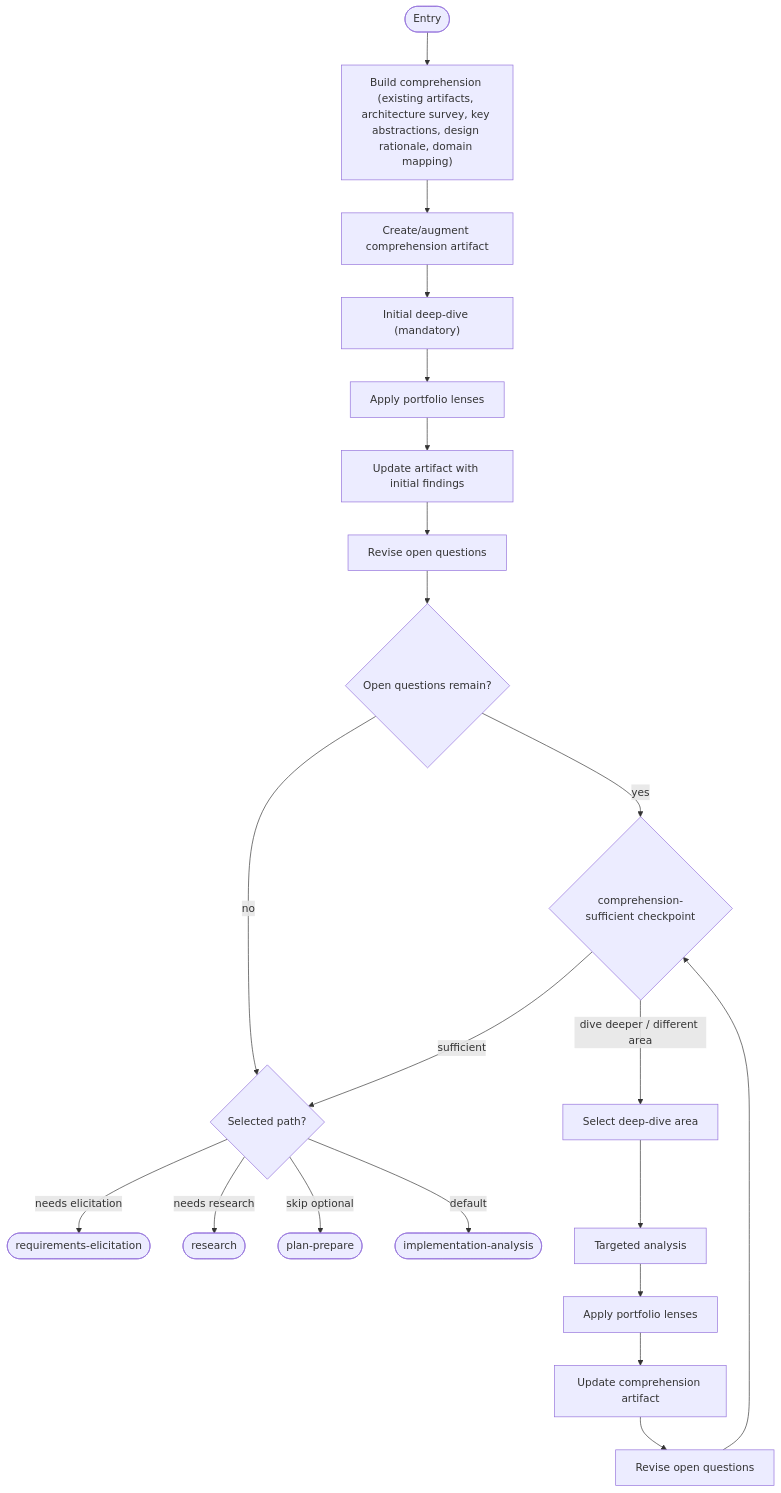
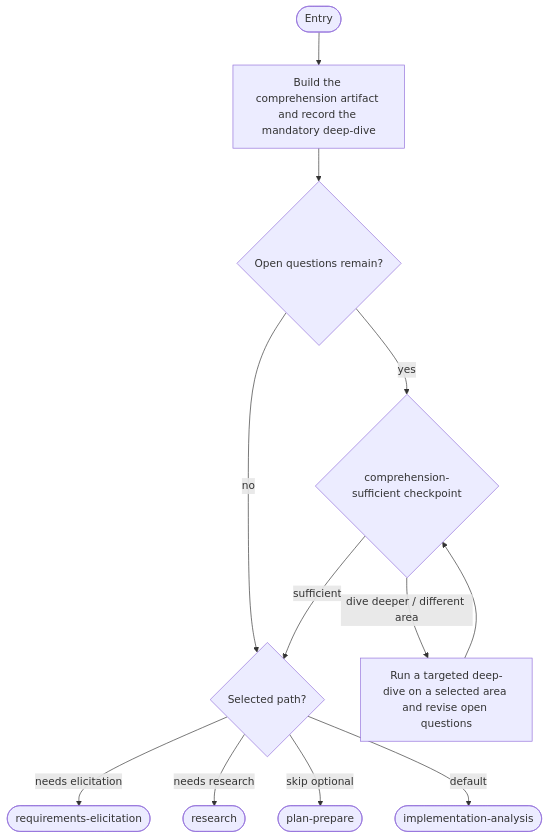
The third of 15 diagrams in work-package/activities/README.md (m2ux/workflow-server), drawn with Mermaid before and after one commit. The commit also changed other lines of this file, not shown here.

First line of the commit message:
docs(work-package): group each activity diagram's straight runs into one block

````diff
--- a/work-package/activities/README.md
+++ b/work-package/activities/README.md
@@ -89,26 +86,16 @@
 ```mermaid
 graph TD
-    entryNode(["Entry"]) --> buildComprehension["Build comprehension (existing artifacts, architecture survey, key abstractions, design rationale, domain mapping)"]
-    buildComprehension --> createArtifact["Create/augment comprehension artifact"]
-
-    createArtifact --> initialDeepDive["Initial deep-dive (mandatory)"]
-    initialDeepDive --> initialLens["Apply portfolio lenses"]
-    initialLens --> updateInitial["Update artifact with initial findings"]
-    updateInitial --> reviseQuestions["Revise open questions"]
-    reviseQuestions --> hasOpen{"Open questions remain?"}
+    entryNode(["Entry"]) --> buildComprehension["Build the comprehension artifact and record the mandatory deep-dive"]
+    buildComprehension --> hasOpen{"Open questions remain?"}
     hasOpen -->|"no"| pathBranch
     hasOpen -->|"yes"| cpSufficient{"comprehension-sufficient checkpoint"}
     cpSufficient -->|"sufficient"| pathBranch{"Selected path?"}
-    cpSufficient -->|"dive deeper / different area"| selectArea["Select deep-dive area"]
+    cpSufficient -->|"dive deeper / different area"| selectArea["Run a targeted deep-dive on a selected area and revise open questions"]
 
-    selectArea --> targetedAnalysis["Targeted analysis"]
-    targetedAnalysis --> lensPass["Apply portfolio lenses"]
-    lensPass --> updateArtifact["Update comprehension artifact"]
-    updateArtifact --> reviseOpen["Revise open questions"]
-    reviseOpen --> cpSufficient
+    selectArea --> cpSufficient
 
     pathBranch -->|"needs elicitation"| exitElicit(["requirements-elicitation"])
     pathBranch -->|"needs research"| exitResearch(["research"])
     pathBranch -->|"skip optional"| exitPlan(["plan-prepare"])
     pathBranch -->|"default"| exitAnalysis(["implementation-analysis"])
 ```
````
